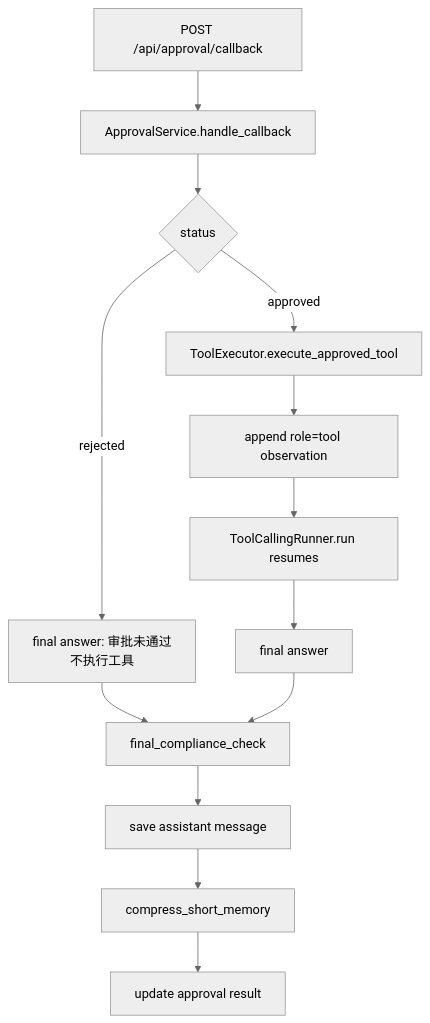
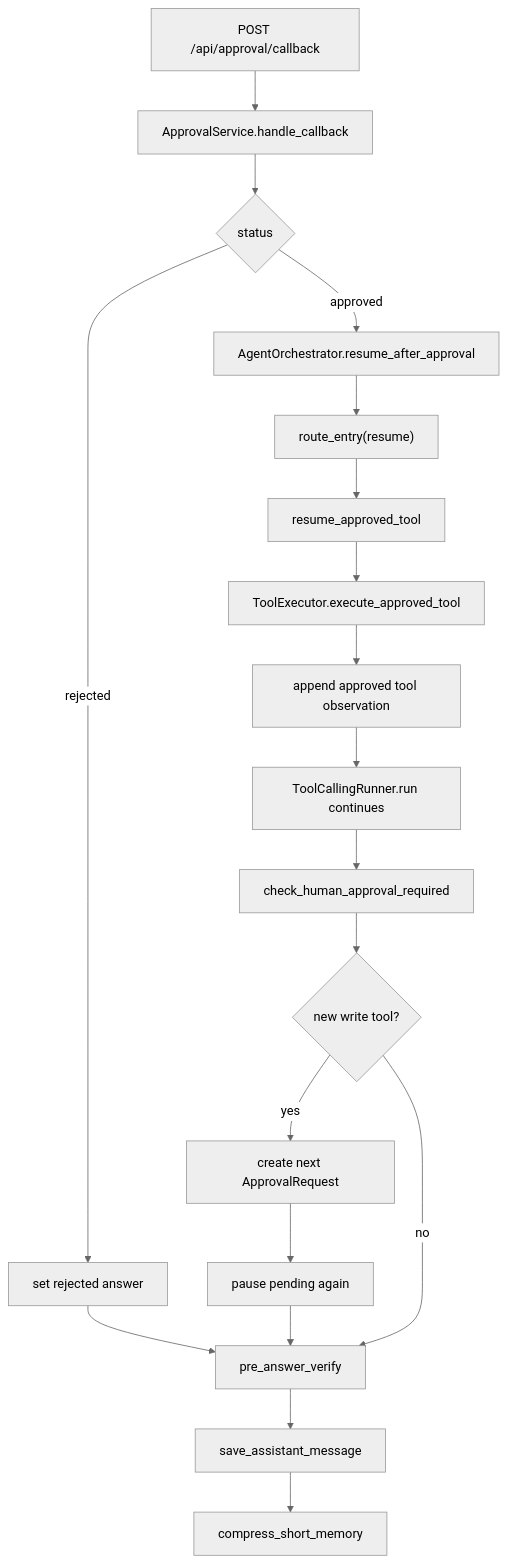
The second of 2 diagrams in agent-development/docs/MAIN_FLOW_CODE_WALKTHROUGH.md (Ygj11/multi-agent), drawn with Mermaid (neutral theme) before and after one commit. The commit also changed other lines of this file and 55 other files, not shown here.

````diff
--- a/agent-development/docs/MAIN_FLOW_CODE_WALKTHROUGH.md
+++ b/agent-development/docs/MAIN_FLOW_CODE_WALKTHROUGH.md
@@ -74,15 +84,21 @@
 ```mermaid
 flowchart TD
     A["POST /api/approval/callback"] --> B["ApprovalService.handle_callback"]
     B --> C{"status"}
-    C -->|rejected| D["final answer: 审批未通过<br>不执行工具"]
-    C -->|approved| E["ToolExecutor.execute_approved_tool"]
-    E --> F["append role=tool observation"]
-    F --> G["ToolCallingRunner.run resumes"]
-    G --> H["final answer"]
-    D --> I["final_compliance_check"]
-    H --> I
-    I --> J["save assistant message"]
-    J --> K["compress_short_memory"]
-    K --> L["update approval result"]
+    C -->|rejected| D["set rejected answer"]
+    C -->|approved| E["AgentOrchestrator.resume_after_approval"]
+    E --> F["route_entry(resume)"]
+    F --> G["resume_approved_tool"]
+    G --> H["ToolExecutor.execute_approved_tool"]
+    H --> I["append approved tool observation"]
+    I --> J["ToolCallingRunner.run continues"]
+    J --> K["check_human_approval_required"]
+    K --> L{"new write tool?"}
+    L -->|yes| M["create next ApprovalRequest"]
+    L -->|no| N["pre_answer_verify"]
+    D --> N
+    M --> O["pause pending again"]
+    O --> N
+    N --> P["save_assistant_message"]
+    P --> Q["compress_short_memory"]
 ```
````
